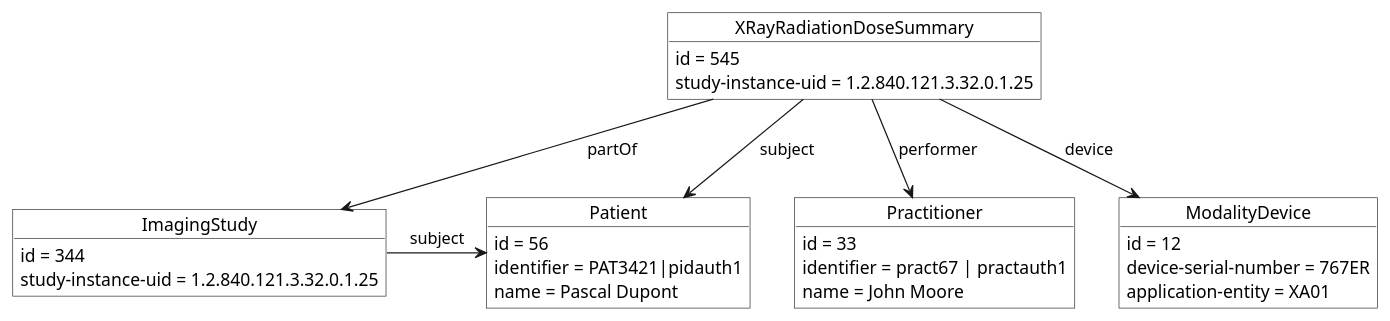
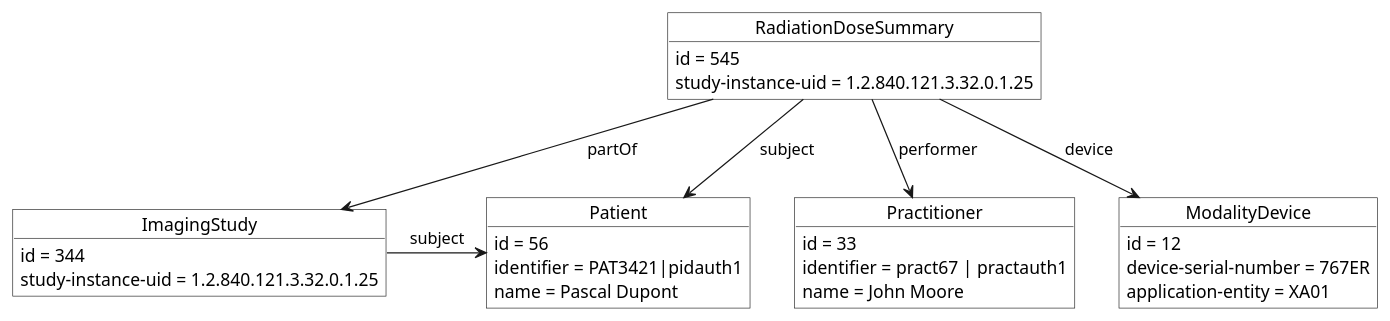
Before and after one commit to HL7/fhir-radiation-dose-summary-ig: the diagram in input/images-source/example2.plantuml, drawn with PlantUML. The commit also changed 25 other files, not shown here.

```diff
--- a/input/images-source/example2.plantuml
+++ b/input/images-source/example2.plantuml
@@ -1,38 +1,38 @@
 @startuml
 skinparam monochrome true
 
-object  XRayRadiationDoseSummary #white { 
+object  RadiationDoseSummary #white { 
   id = 545
   study-instance-uid = 1.2.840.121.3.32.0.1.25
 }
 
 object  Patient #white { 
   id = 56
   identifier = PAT3421|pidauth1
   name = Pascal Dupont
 }
 
 object  ImagingStudy #white { 
   id = 344
   study-instance-uid = 1.2.840.121.3.32.0.1.25
 }
 
 object  Practitioner #white { 
   id = 33
   identifier = pract67 | practauth1
   name = John Moore
 }
 
 object  ModalityDevice #white { 
   id = 12
   device-serial-number = 767ER
   application-entity = XA01
 }
 
 
-XRayRadiationDoseSummary -d-> Patient : "subject"
-XRayRadiationDoseSummary -d-> ImagingStudy : "partOf"
-XRayRadiationDoseSummary -d-> Practitioner : "performer"
-XRayRadiationDoseSummary -d-> ModalityDevice : "device"
+RadiationDoseSummary -d-> Patient : "subject"
+RadiationDoseSummary -d-> ImagingStudy : "partOf"
+RadiationDoseSummary -d-> Practitioner : "performer"
+RadiationDoseSummary -d-> ModalityDevice : "device"
 ImagingStudy -> Patient : "subject"
 @enduml
```
